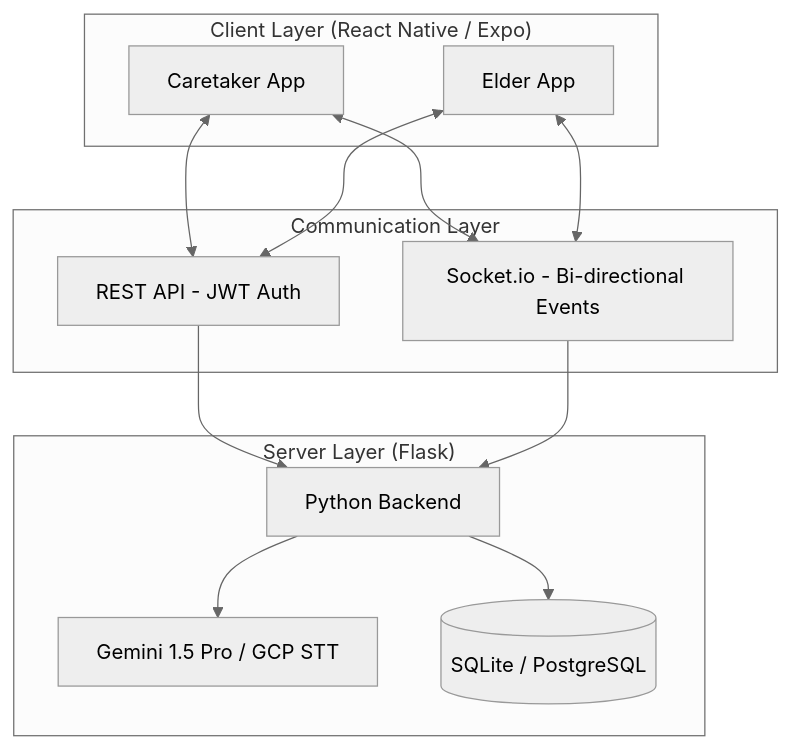
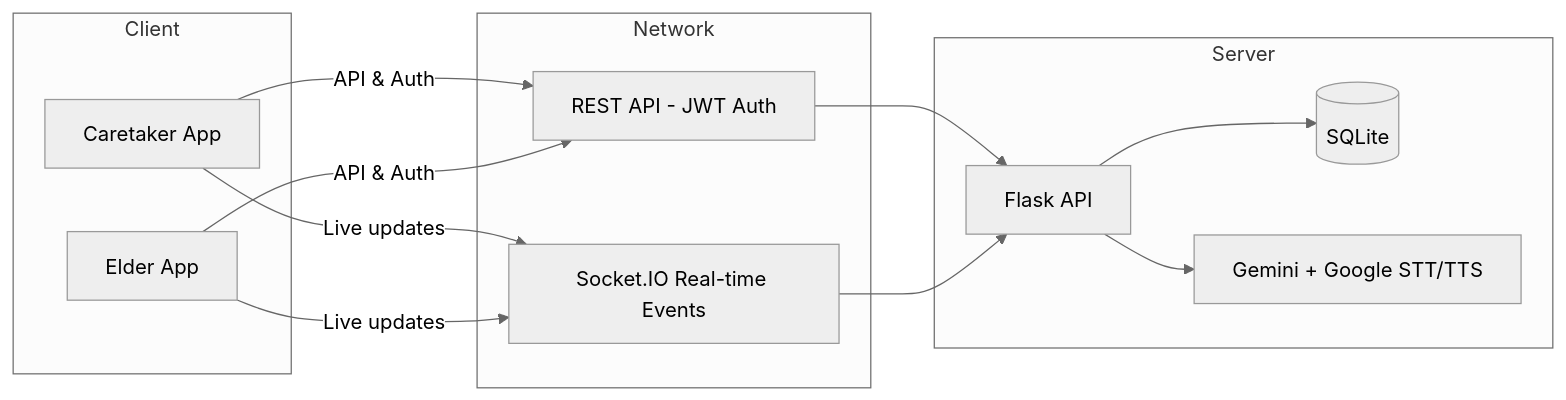
The diagram in README.md (MdAamirG/GentleCare), drawn with Mermaid (neutral theme) before and after one commit. The commit also changed other lines of this file, not shown here.

````diff
--- a/README.md
+++ b/README.md
@@ -19,27 +20,27 @@
 ```mermaid
-graph TD
-    subgraph "Client Layer (React Native / Expo)"
-        CN[Caretaker App]
-        EL[Elder App]
+graph LR
+    subgraph Client
+      CR[Caretaker App]
+      EL[Elder App]
     end
 
-    subgraph "Communication Layer"
-        REST[REST API - JWT Auth]
-        WS[Socket.io - Bi-directional Events]
+    subgraph Network
+      REST[REST API - JWT Auth]
+      WS[Socket.IO Real-time Events]
     end
 
-    subgraph "Server Layer (Flask)"
-        SRV[Python Backend]
-        AI[Gemini 1.5 Pro / GCP STT]
-        DB[(SQLite / PostgreSQL)]
+    subgraph Server
+      API[Flask API]
+      DB[(SQLite)]
+      AI[Gemini + Google STT/TTS]
     end
 
-    CN <--> REST
-    EL <--> REST
-    CN <--> WS
-    EL <--> WS
-    REST --> SRV
-    WS --> SRV
-    SRV --> DB
-    SRV --> AI
+    CR -->|API & Auth| REST
+    EL -->|API & Auth| REST
+    CR -->|Live updates| WS
+    EL -->|Live updates| WS
+    REST --> API
+    WS --> API
+    API --> DB
+    API --> AI
 ```
````
